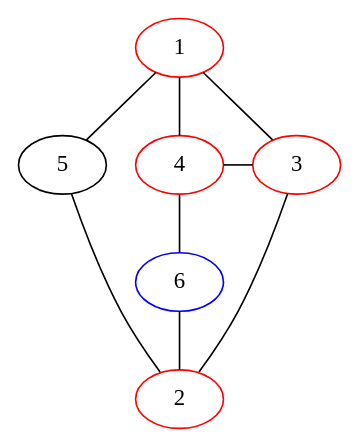
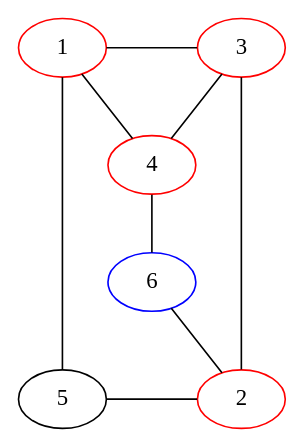
One commit to bilboquet/gamelib changed the diagram in sprouts/11111.dot. Above: the diagram before and after it, drawn with Graphviz. The commit also changed 29 other files, not shown here.

```diff
--- a/sprouts/11111.dot
+++ b/sprouts/11111.dot
@@ -1,22 +1,30 @@
 graph {
-  5;
   1 -- 4 -- 6 -- 2;
-  1 -- 3 -- 2;
+  1 -- 3;
+  3 -- 2 [weight=4];
   4 -- 3;
-  1 -- 5 -- 2;
+  1 -- 5 [weight=4];
+  5 -- 2;
 
   {
     rank="same";
+    1;
     3;
-    4;
+
+  }
+
+  
+  {
+    rank="same";
+    2;
     5;
 
   }
 
   1 [color="red"];
   2 [color="red"];
   3 [color="red"];
   4 [color="red"];
   6 [color="blue"];
 
 }
```
